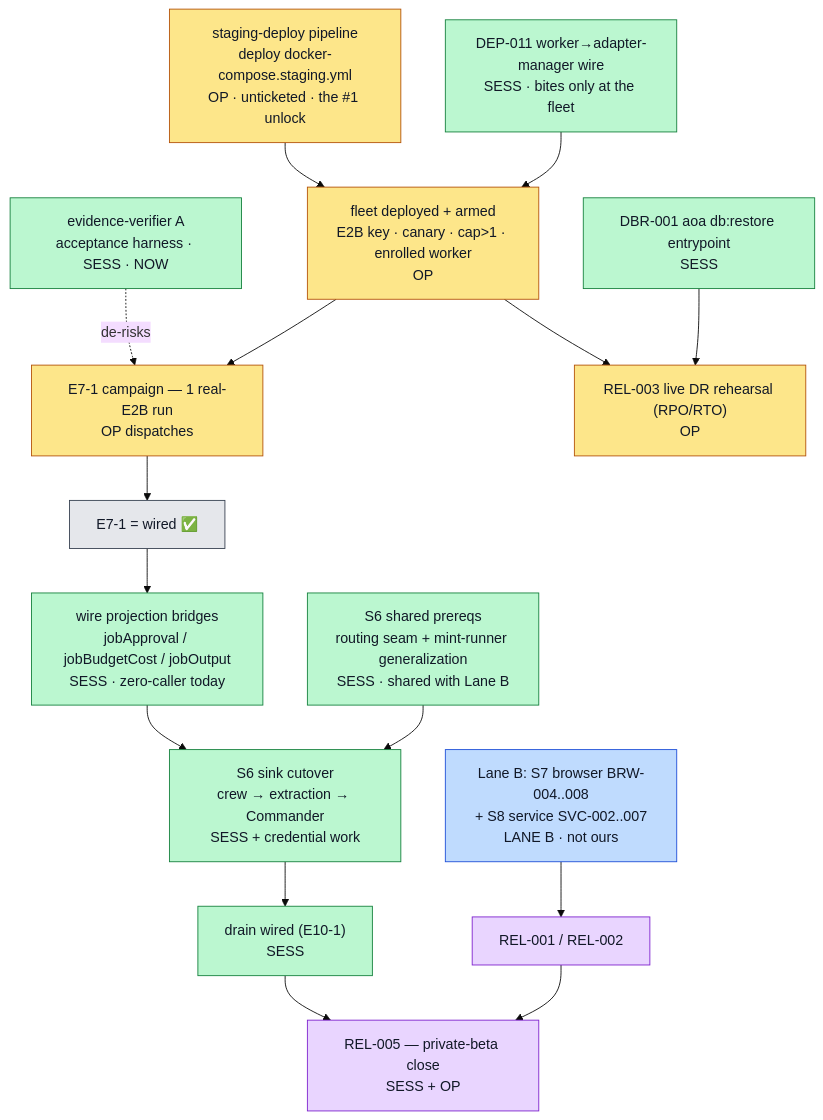
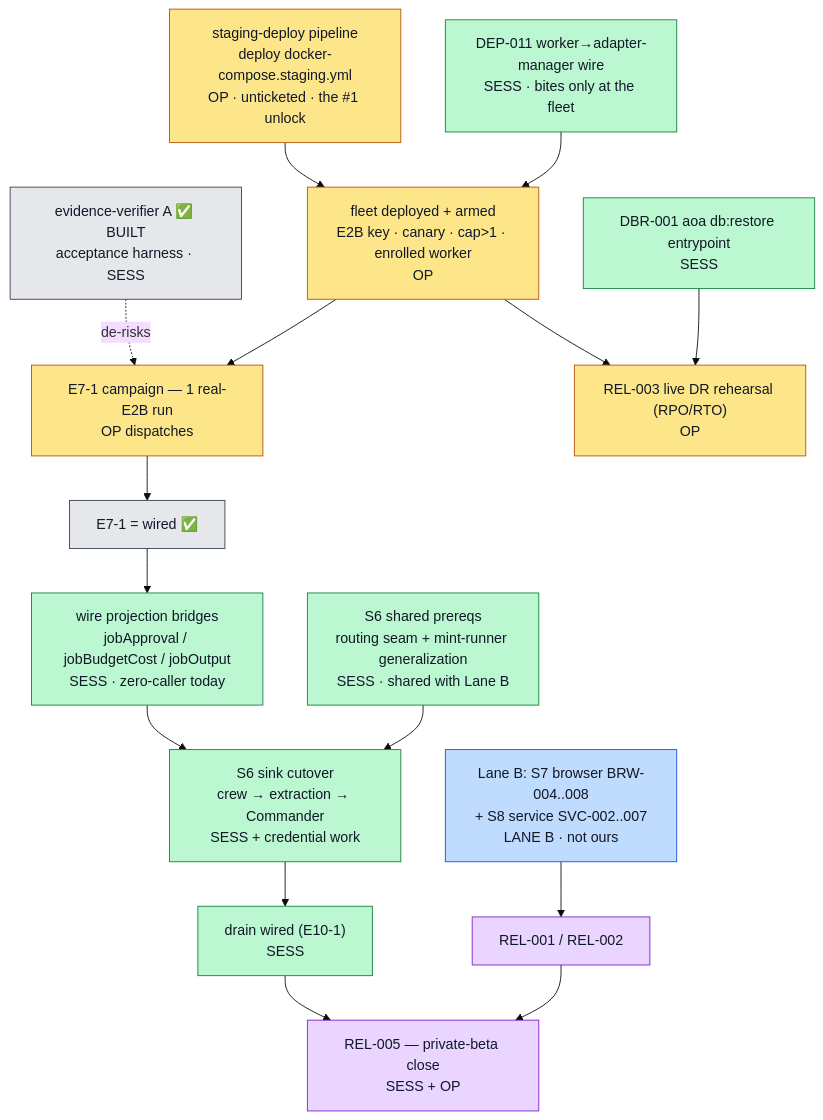
Before and after one commit to MeteoriteLabs/AoA: the diagram in docs/replatform/GO-BOOK.md, drawn with Mermaid (base theme). The commit also changed other lines of this file and 4 other files, not shown here.

````diff
--- a/docs/replatform/GO-BOOK.md
+++ b/docs/replatform/GO-BOOK.md
@@ -117,34 +121,34 @@
 ```mermaid
 flowchart TD
-  V["evidence-verifier A<br/>acceptance harness · SESS · NOW"]:::sess
+  V["evidence-verifier A ✅ BUILT<br/>acceptance harness · SESS"]:::done
   C0["staging-deploy pipeline<br/>deploy docker-compose.staging.yml<br/>OP · unticketed · the #1 unlock"]:::op
   D11["DEP-011 worker→adapter-manager wire<br/>SESS · bites only at the fleet"]:::sess
   C2["fleet deployed + armed<br/>E2B key · canary · cap&gt;1 · enrolled worker<br/>OP"]:::op
   C3["E7-1 campaign — 1 real-E2B run<br/>OP dispatches"]:::op
   CW["E7-1 = wired ✅"]:::done
   BR["wire projection bridges<br/>jobApproval / jobBudgetCost / jobOutput<br/>SESS · zero-caller today"]:::sess
   RT["S6 shared prereqs<br/>routing seam + mint-runner generalization<br/>SESS · shared with Lane B"]:::sess
   SK["S6 sink cutover<br/>crew → extraction → Commander<br/>SESS + credential work"]:::sess
   DR["drain wired (E10-1)<br/>SESS"]:::sess
   R5["REL-005 — private-beta close<br/>SESS + OP"]:::mix
   LB["Lane B: S7 browser BRW-004..008<br/>+ S8 service SVC-002..007<br/>LANE B · not ours"]:::laneb
   R1["REL-001 / REL-002"]:::mix
   DBR["DBR-001 aoa db:restore entrypoint<br/>SESS"]:::sess
   R3["REL-003 live DR rehearsal (RPO/RTO)<br/>OP"]:::op
 
   V -.->|de-risks| C3
   C0 --> C2
   D11 --> C2
   C2 --> C3 --> CW --> BR --> SK
   RT --> SK
   SK --> DR --> R5
   LB --> R1 --> R5
   DBR --> R3
   C2 --> R3
 
   classDef op fill:#fde68a,stroke:#b45309,color:#111827;
   classDef sess fill:#bbf7d0,stroke:#15803d,color:#111827;
   classDef laneb fill:#bfdbfe,stroke:#1d4ed8,color:#111827;
   classDef done fill:#e5e7eb,stroke:#374151,color:#111827;
   classDef mix fill:#e9d5ff,stroke:#7e22ce,color:#111827;
 ```
````
